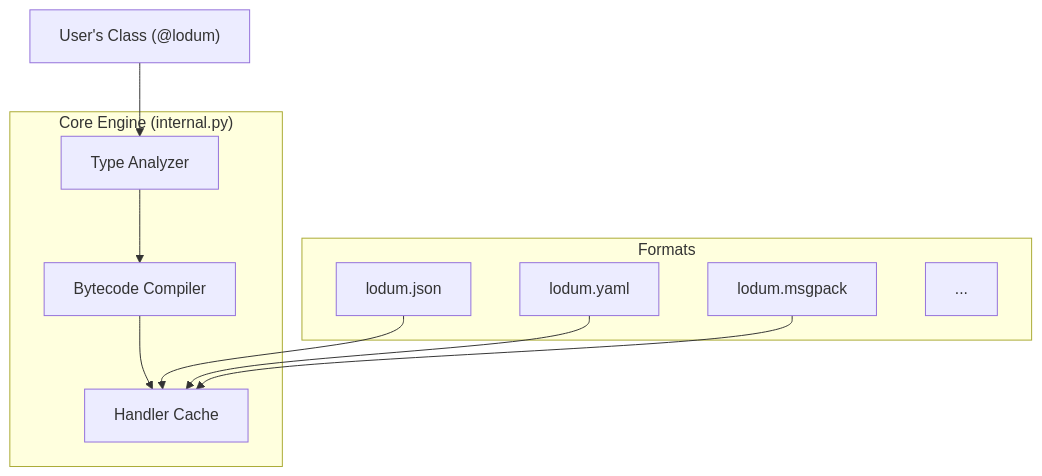
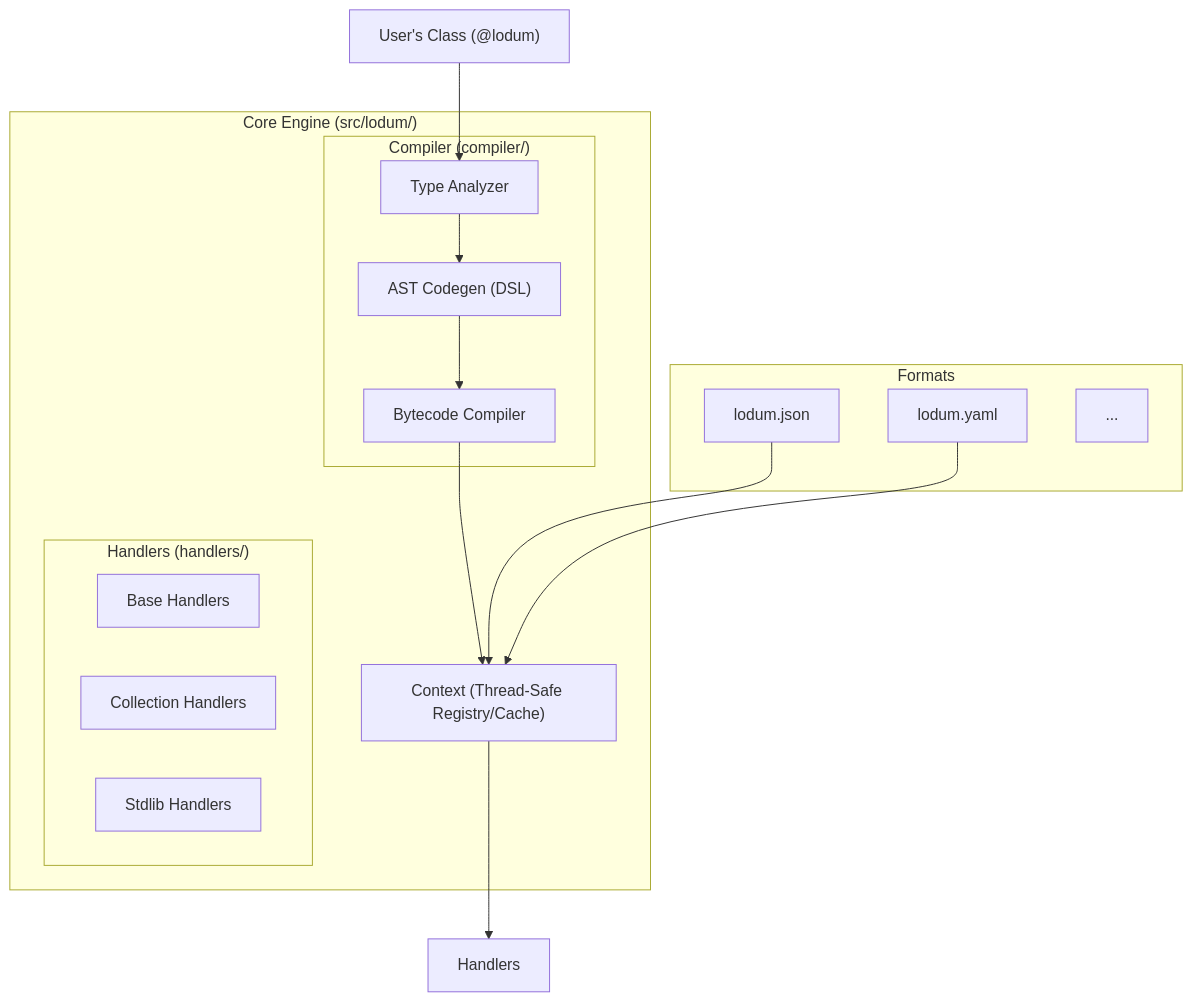
One commit to webmaven/lodum changed the diagram in ARCHITECTURE.md. Above: the diagram before and after it, drawn with Mermaid. The commit also changed other lines of this file and 5 other files, not shown here.

````diff
--- a/ARCHITECTURE.md
+++ b/ARCHITECTURE.md
@@ -15,25 +15,33 @@
 ```mermaid
 graph TD
     UserClass["User's Class (@lodum)"]
     
-    subgraph "Core Engine (internal.py)"
-        Analyzer["Type Analyzer"]
-        Compiler["Bytecode Compiler"]
-        Cache["Handler Cache"]
+    subgraph "Core Engine (src/lodum/)"
+        Context["Context (Thread-Safe Registry/Cache)"]
+        subgraph "Compiler (compiler/)"
+            Analyzer["Type Analyzer"]
+            Codegen["AST Codegen (DSL)"]
+            Compiler["Bytecode Compiler"]
+        end
+        subgraph "Handlers (handlers/)"
+            Base["Base Handlers"]
+            Col["Collection Handlers"]
+            Std["Stdlib Handlers"]
+        end
     end
     
     subgraph "Formats"
         JSON["lodum.json"]
         YAML["lodum.yaml"]
-        MsgPack["lodum.msgpack"]
         Others["..."]
     end
     
     UserClass --> Analyzer
-    Analyzer --> Compiler
-    Compiler --> Cache
+    Analyzer --> Codegen
+    Codegen --> Compiler
+    Compiler --> Context
     
-    JSON --> Cache
-    YAML --> Cache
-    MsgPack --> Cache
+    JSON --> Context
+    YAML --> Context
+    Context --> Handlers
 ```
````
